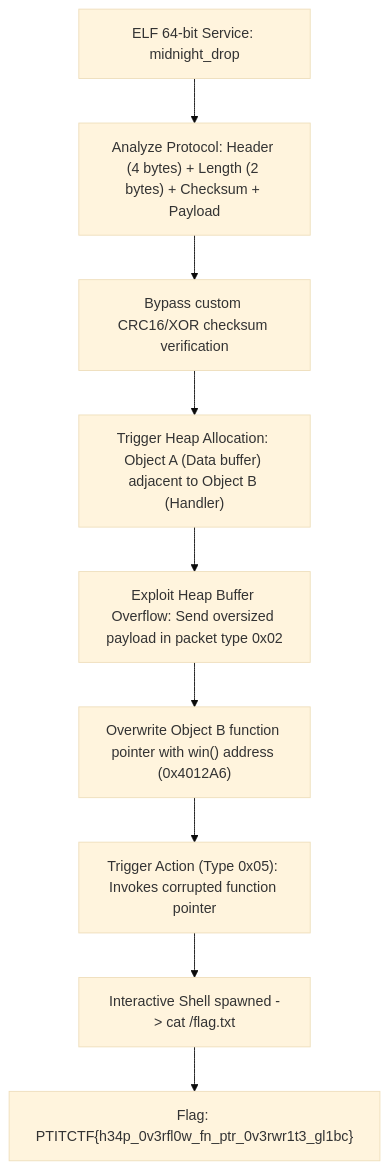
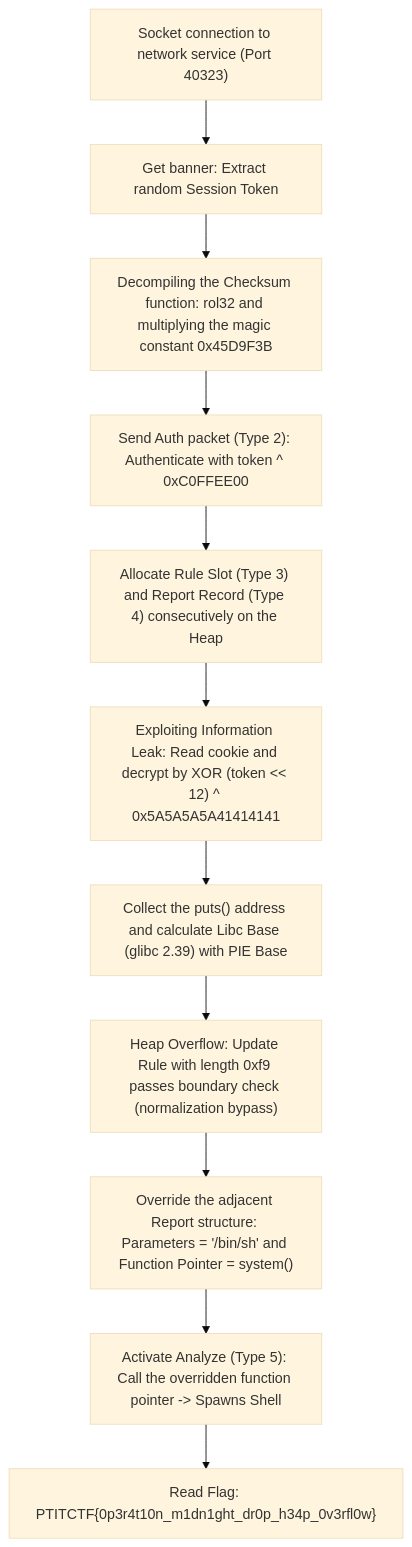
One commit to Lizamort1/ctf-writeups changed the second of 2 diagrams in _posts/2026-08-22-operation-midnight-drop.md. Above: the diagram before and after it, drawn with Mermaid (base theme). The commit also changed other lines of this file and 42 other files, not shown here.

Commit message:
fix: synchronize bilingual writeups and redraw diagrams

````diff
--- a/_posts/2026-08-22-operation-midnight-drop.md
+++ b/_posts/2026-08-22-operation-midnight-drop.md
@@ -144,11 +145,13 @@
 ```mermaid
 flowchart TD
-    A["ELF 64-bit Service: midnight_drop"] --> B["Analyze Protocol: Header (4 bytes) + Length (2 bytes) + Checksum + Payload"]
-    B --> C["Bypass custom CRC16/XOR checksum verification"]
-    C --> D["Trigger Heap Allocation: Object A (Data buffer) adjacent to Object B (Handler)"]
-    D --> E["Exploit Heap Buffer Overflow: Send oversized payload in packet type 0x02"]
-    E --> F["Overwrite Object B function pointer with win() address (0x4012A6)"]
-    F --> G["Trigger Action (Type 0x05): Invokes corrupted function pointer"]
-    G --> H["Interactive Shell spawned -> cat /flag.txt"]
-    H --> I["Flag: PTITCTF{h34p_0v3rfl0w_fn_ptr_0v3rwr1t3_gl1bc}"]
+    A["Socket connection to network service (Port 40323)"] --> B["Get banner: Extract random Session Token"]
+    B --> C["Decompiling the Checksum function: rol32 and multiplying the magic constant 0x45D9F3B"]
+    C --> D["Send Auth packet (Type 2): Authenticate with token ^ 0xC0FFEE00"]
+    D --> E["Allocate Rule Slot (Type 3) and Report Record (Type 4) consecutively on the Heap"]
+    E --> F["Exploiting Information Leak: Read cookie and decrypt by XOR (token << 12) ^ 0x5A5A5A5A41414141"]
+    F --> G["Collect the puts() address and calculate Libc Base (glibc 2.39) with PIE Base"]
+    G --> H["Heap Overflow: Update Rule with length 0xf9 passes boundary check (normalization bypass)"]
+    H --> I["Override the adjacent Report structure: Parameters = '/bin/sh' and Function Pointer = system()"]
+    I --> J["Activate Analyze (Type 5): Call the overridden function pointer -> Spawns Shell"]
+    J --> K["Read Flag: PTITCTF{0p3r4t10n_m1dn1ght_dr0p_h34p_0v3rfl0w}"]
 ```
````
